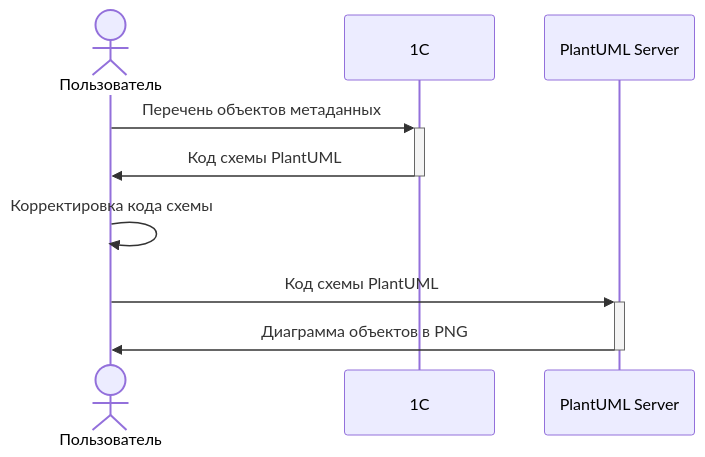
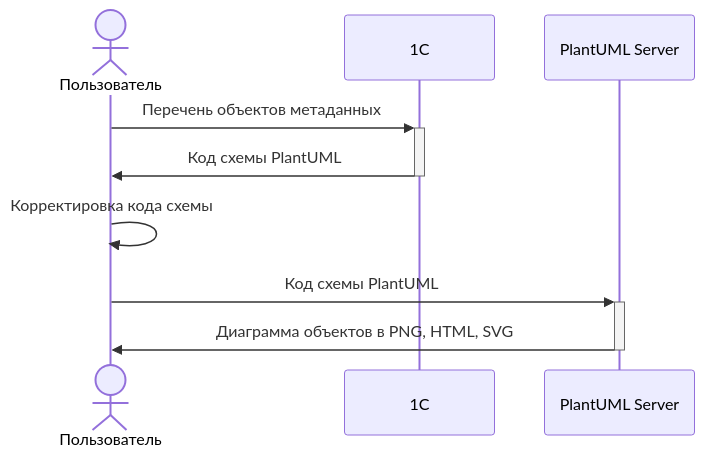
The diagram in README.md (plastinin/diagramobject), drawn with Mermaid before and after one commit. The commit also changed other lines of this file and 2 other files, not shown here.

Commit message:
Release 0.0.2 update

````diff
--- a/README.md
+++ b/README.md
@@ -13,14 +13,14 @@
 ```mermaid
 sequenceDiagram
     actor User as Пользователь
     participant A as 1C 
     participant B as PlantUML Server 
 
     User ->>+ A: Перечень объектов метаданных
     A ->>- User: Код схемы PlantUML
 
     User ->> User: Корректировка кода схемы
 
     User ->>+ B: Код схемы PlantUML
-    B ->>- User: Диаграмма объектов в PNG
+    B ->>- User: Диаграмма объектов в PNG, HTML, SVG
 ```
````
